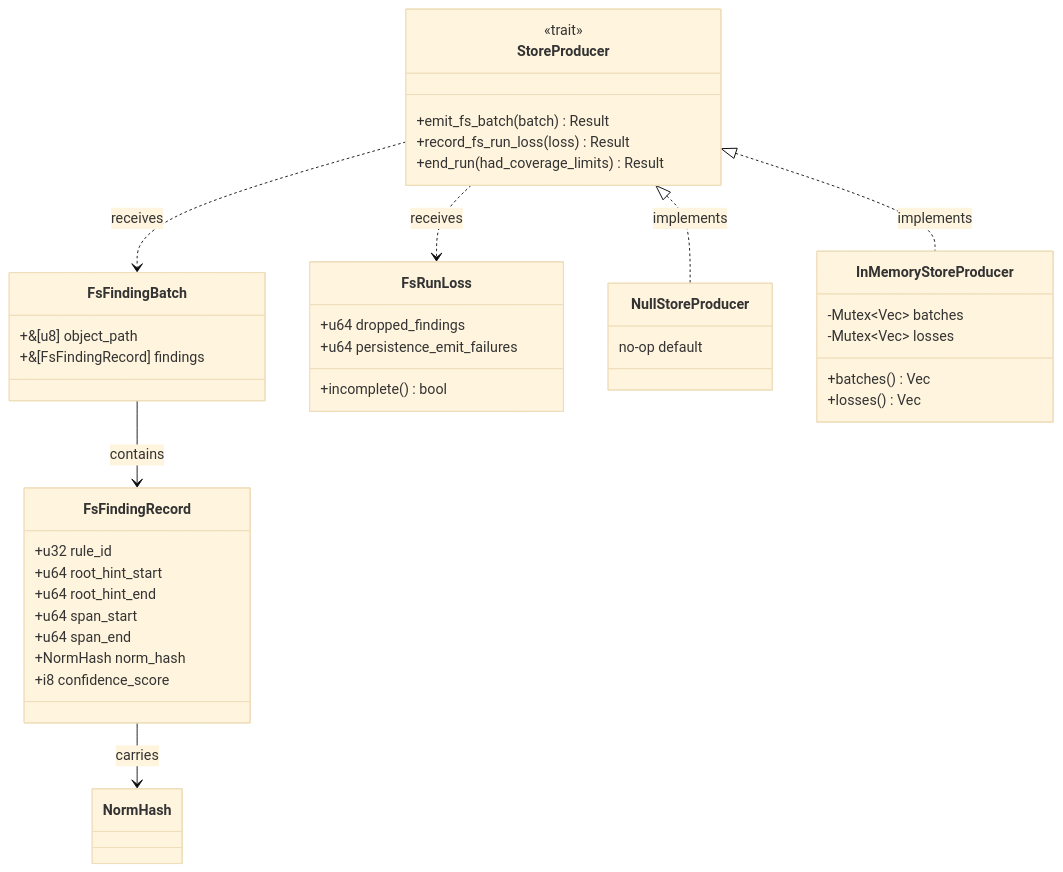
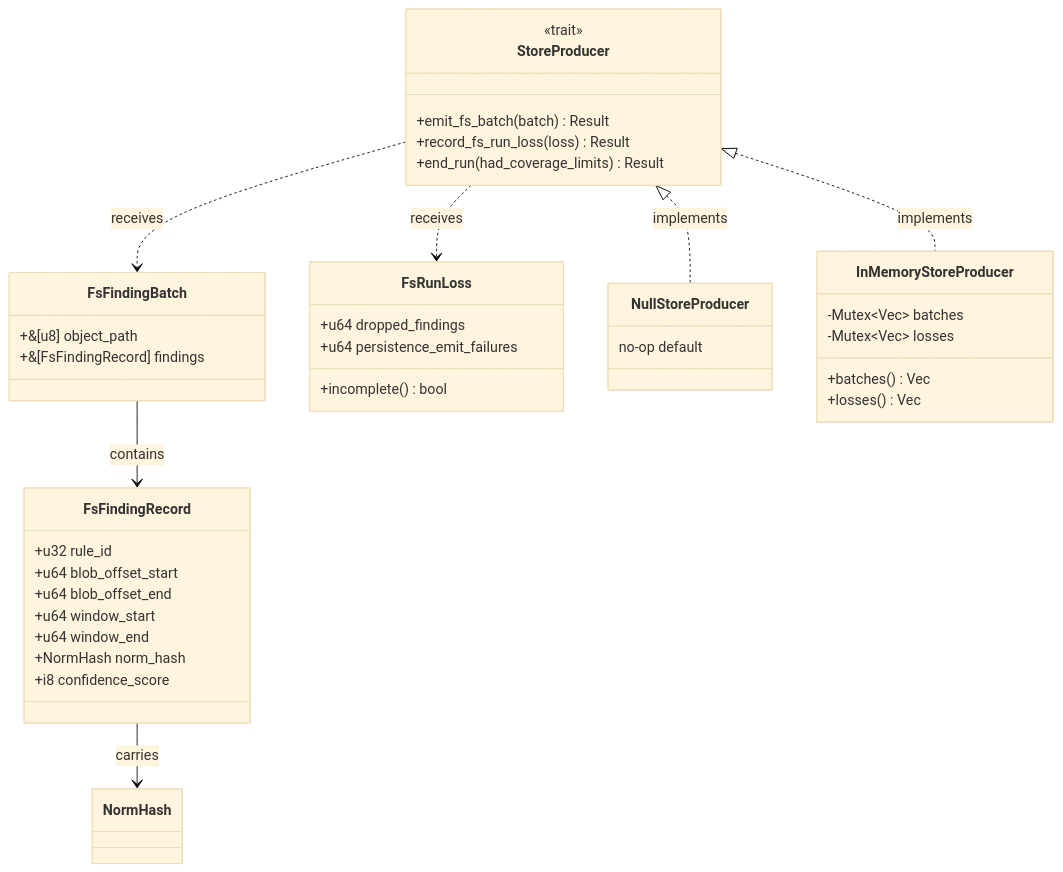
Before and after one commit to ahrav/Gossip-rs: the fifth of 6 diagrams in docs/data-types.md, drawn with Mermaid (base theme). The commit also changed other lines of this file and 1 other file, not shown here.

Commit message:
docs: audit drift fixes [batch-08]
Auto-fix file inventories, type counts, identifier renames, and
cross-references for batch-08 boundary docs.

````diff
--- a/docs/data-types.md
+++ b/docs/data-types.md
@@ -466,50 +473,50 @@
 ```mermaid
 classDiagram
     direction TB
 
     class FsFindingRecord {
         +u32 rule_id
-        +u64 root_hint_start
-        +u64 root_hint_end
-        +u64 span_start
-        +u64 span_end
+        +u64 blob_offset_start
+        +u64 blob_offset_end
+        +u64 window_start
+        +u64 window_end
         +NormHash norm_hash
         +i8 confidence_score
     }
 
     class FsFindingBatch {
         +&[u8] object_path
         +&[FsFindingRecord] findings
     }
 
     class FsRunLoss {
         +u64 dropped_findings
         +u64 persistence_emit_failures
         +incomplete() bool
     }
 
     class StoreProducer {
         <<trait>>
         +emit_fs_batch(batch) Result
         +record_fs_run_loss(loss) Result
         +end_run(had_coverage_limits) Result
     }
 
     class NullStoreProducer {
         no-op default
     }
 
     class InMemoryStoreProducer {
         -Mutex~Vec~ batches
         -Mutex~Vec~ losses
         +batches() Vec
         +losses() Vec
     }
 
     FsFindingBatch --> FsFindingRecord : contains
     FsFindingRecord --> NormHash : carries
     StoreProducer <|.. NullStoreProducer : implements
     StoreProducer <|.. InMemoryStoreProducer : implements
     StoreProducer ..> FsFindingBatch : receives
     StoreProducer ..> FsRunLoss : receives
 ```
````
